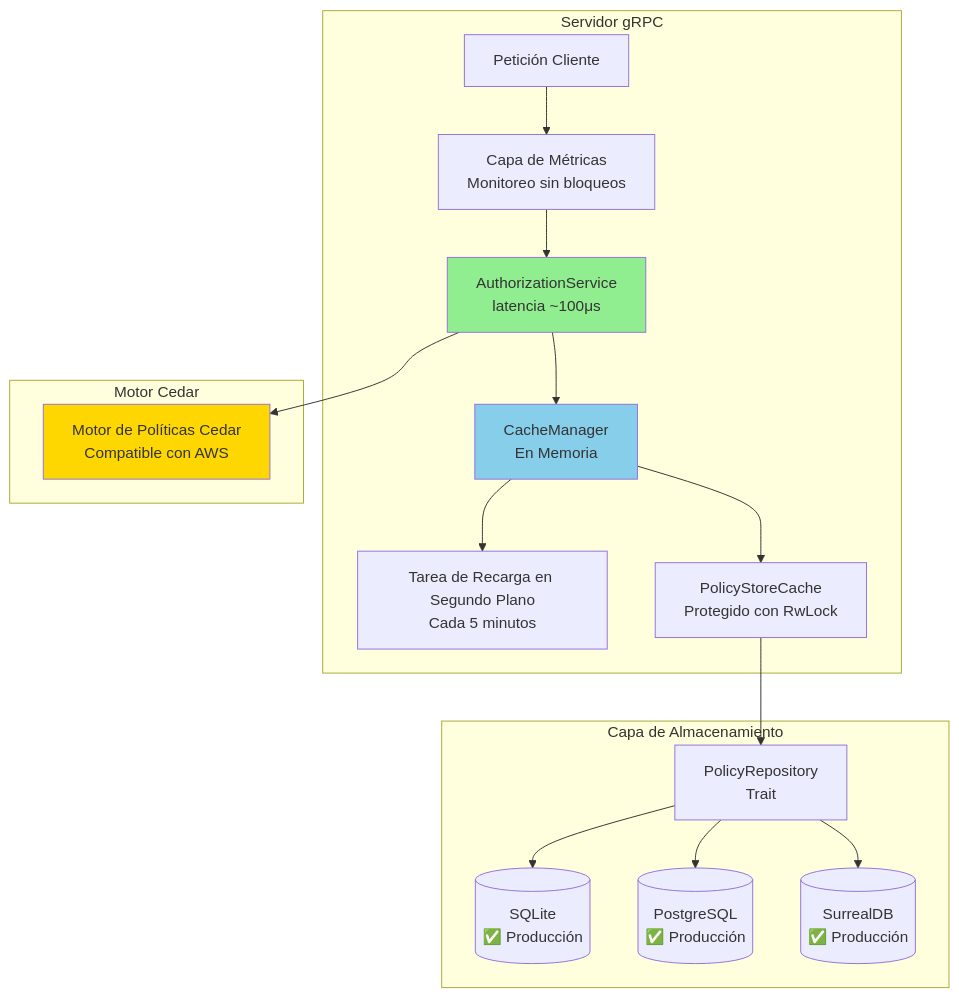
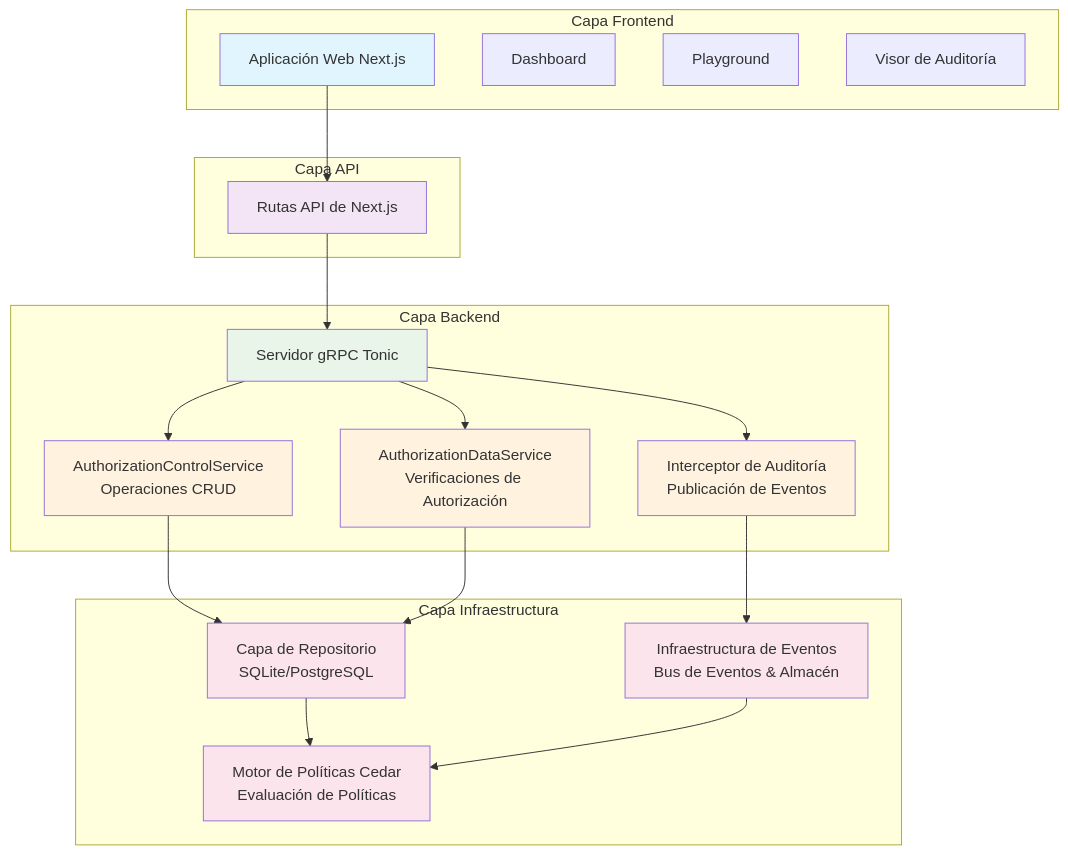
One commit to Rubentxu/hodei-verified-permissions changed the first of 2 diagrams in README.es.md. Above: the diagram before and after it, drawn with Mermaid. The commit also changed other lines of this file and 1 other file, not shown here.

Commit message:
docs: expand testing section with detailed Makefile commands and testing strategies - Add comprehensive testing guide explaining each test category (unit, integration, E2E, performance) - Document how to vary tests across different databases (SQLite, PostgreSQL, SurrealDB) - Include identity provider testing and feature flag testing - Add debugging guides for failed tests and test environment setup - Update both English and Spanish README files with consistent testing documentation

````diff
--- a/README.es.md
+++ b/README.es.md
@@ -43,25 +44,47 @@
 ```mermaid
-graph TB
-    subgraph "Servidor gRPC"
-        Client[Petición Cliente] --> Metrics[Capa de Métricas<br/>Monitoreo sin bloqueos]
-        Metrics --> AuthService[AuthorizationService<br/>latencia ~100μs]
-        AuthService --> Cache[CacheManager<br/>En Memoria]
-        Cache --> ReloadTask[Tarea de Recarga en Segundo Plano<br/>Cada 5 minutos]
-        Cache --> PolicyCache[PolicyStoreCache<br/>Protegido con RwLock]
+graph TD
+    subgraph "Capa Frontend"
+        A[Aplicación Web Next.js]
+        A1[Dashboard]
+        A2[Playground]
+        A3[Visor de Auditoría]
     end
-    
-    subgraph "Capa de Almacenamiento"
-        PolicyCache --> Repository[PolicyRepository<br/>Trait]
-        Repository --> SQLite[(SQLite<br/>✅ Producción)]
-        Repository --> Postgres[(PostgreSQL<br/>✅ Producción)]
-        Repository --> SurrealDB[(SurrealDB<br/>✅ Producción)]
+
+    subgraph "Capa API"
+        B[Rutas API de Next.js]
     end
-    
-    subgraph "Motor Cedar"
-        AuthService --> Cedar[Motor de Políticas Cedar<br/>Compatible con AWS]
+
+    subgraph "Capa Backend"
+        C[Servidor gRPC Tonic]
+        D[AuthorizationControlService<br/>Operaciones CRUD]
+        E[AuthorizationDataService<br/>Verificaciones de Autorización]
+        F[Interceptor de Auditoría<br/>Publicación de Eventos]
     end
-    
-    style AuthService fill:#90EE90
-    style Cache fill:#87CEEB
-    style Cedar fill:#FFD700
+
+    subgraph "Capa Infraestructura"
+        G[Capa de Repositorio<br/>SQLite/PostgreSQL]
+        H[Infraestructura de Eventos<br/>Bus de Eventos & Almacén]
+        I[Motor de Políticas Cedar<br/>Evaluación de Políticas]
+    end
+
+    A --> B
+    B --> C
+    C --> D
+    C --> E
+    C --> F
+    D --> G
+    E --> G
+    F --> H
+    G --> I
+    H --> I
+
+    style A fill:#e1f5fe
+    style B fill:#f3e5f5
+    style C fill:#e8f5e8
+    style D fill:#fff3e0
+    style E fill:#fff3e0
+    style F fill:#fff3e0
+    style G fill:#fce4ec
+    style H fill:#fce4ec
+    style I fill:#fce4ec
 ```
````
